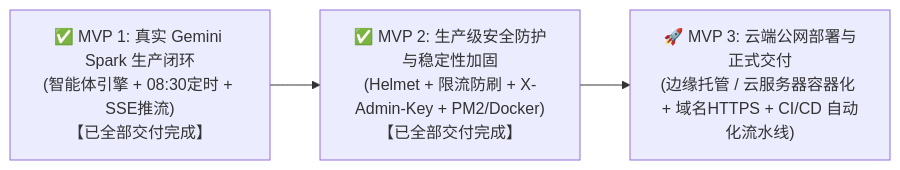
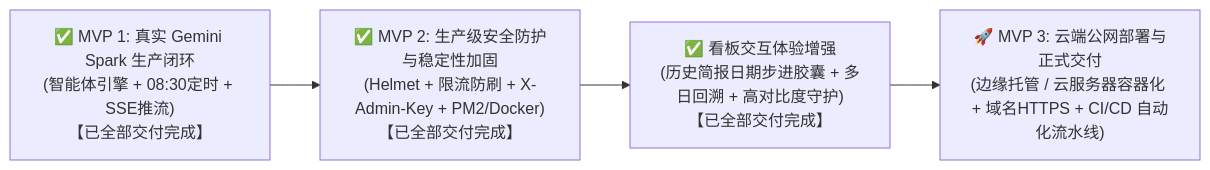
Before and after one commit to Shawn-cz/gemini-spark-news: the second of 2 diagrams in HANDOVER.md, drawn with Mermaid. The commit also changed other lines of this file, not shown here.

Commit message:
docs(handover): archive historical date stepper feature, UI-002 fix, and updated test suite

````diff
--- a/HANDOVER.md
+++ b/HANDOVER.md
@@ -264,4 +271,4 @@
 ```mermaid
 flowchart LR
-    MVP1["✅ MVP 1: 真实 Gemini Spark 生产闭环\n(智能体引擎 + 08:30定时 + SSE推流)\n【已全部交付完成】"] --> MVP2["✅ MVP 2: 生产级安全防护与稳定性加固\n(Helmet + 限流防刷 + X-Admin-Key + PM2/Docker)\n【已全部交付完成】"] --> MVP3["🚀 MVP 3: 云端公网部署与正式交付\n(边缘托管 / 云服务器容器化 + 域名HTTPS + CI/CD 自动化流水线)"]
+    MVP1["✅ MVP 1: 真实 Gemini Spark 生产闭环\n(智能体引擎 + 08:30定时 + SSE推流)\n【已全部交付完成】"] --> MVP2["✅ MVP 2: 生产级安全防护与稳定性加固\n(Helmet + 限流防刷 + X-Admin-Key + PM2/Docker)\n【已全部交付完成】"] --> FEATURE3["✅ 看板交互体验增强\n(历史简报日期步进胶囊 + 多日回溯 + 高对比度守护)\n【已全部交付完成】"] --> MVP3["🚀 MVP 3: 云端公网部署与正式交付\n(边缘托管 / 云服务器容器化 + 域名HTTPS + CI/CD 自动化流水线)"]
 ```
````
